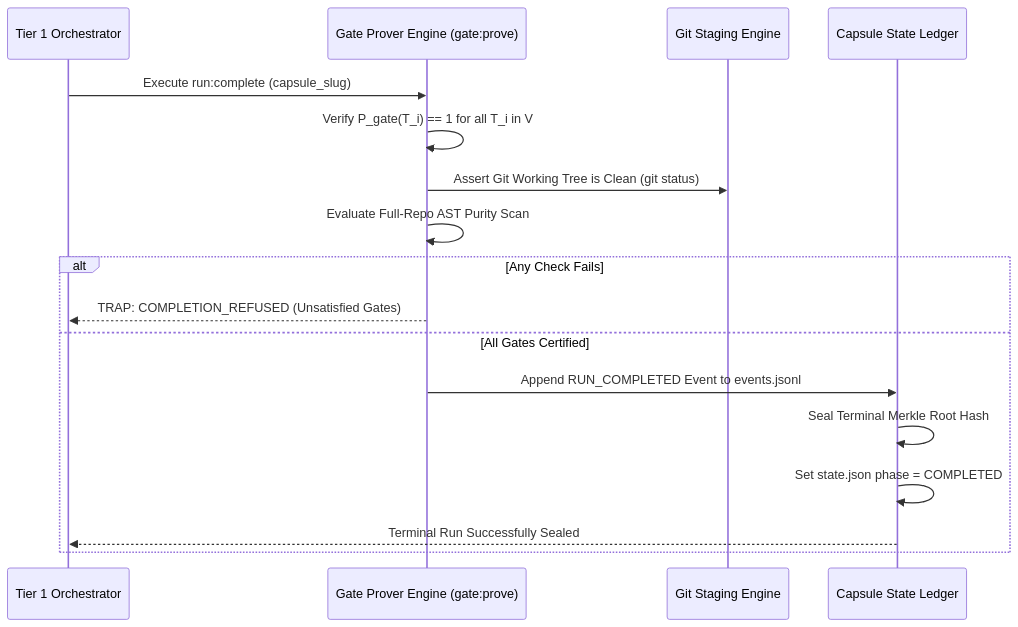
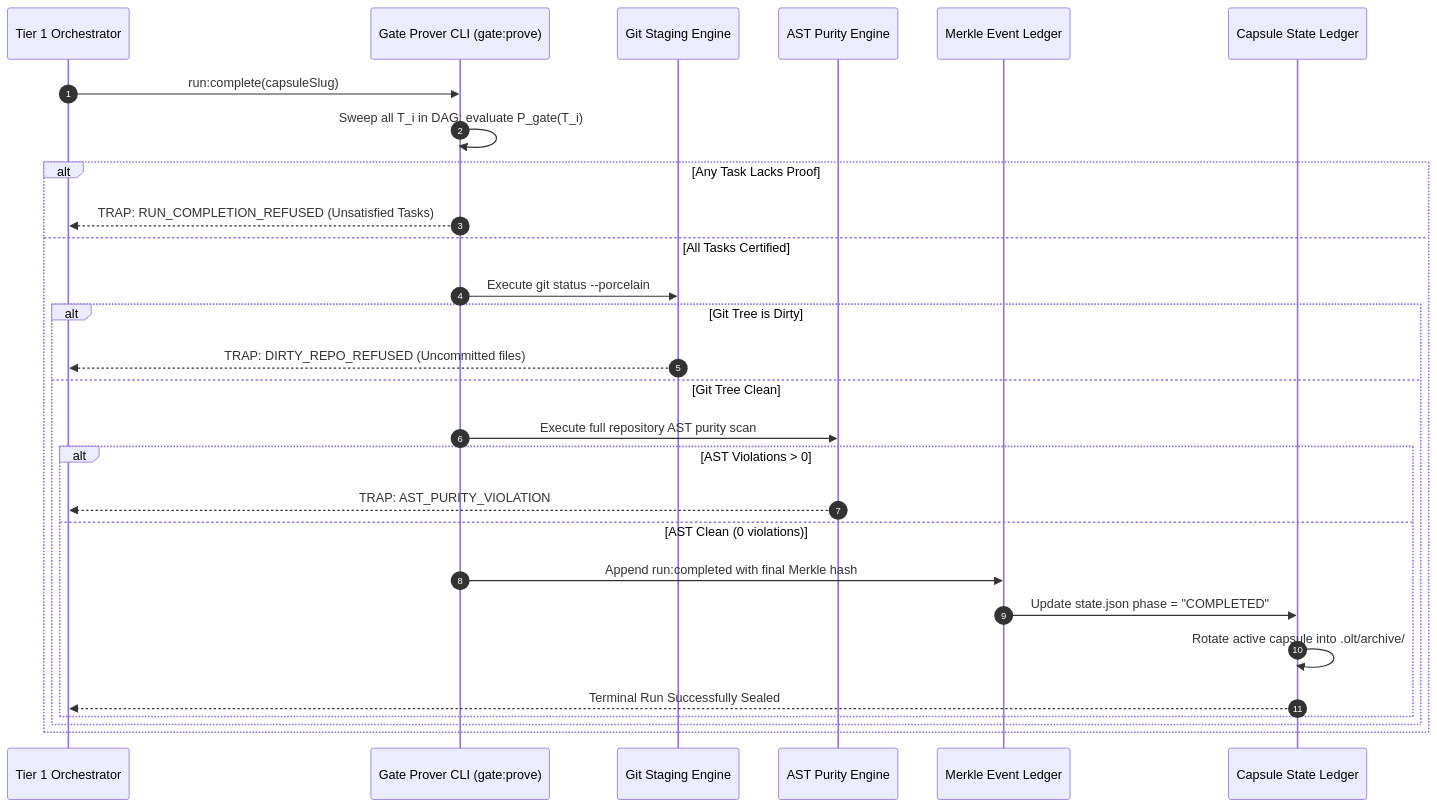
One commit to onurseckin/skills changed the diagram in docs/olt/architecture/09-falsifiable-evidence-gates/09-04-gate-prove-and-terminal-completion.md. Above: the diagram before and after it, drawn with Mermaid. The commit also changed other lines of this file and 83 other files, not shown here.

````diff
--- a/docs/olt/architecture/09-falsifiable-evidence-gates/09-04-gate-prove-and-terminal-completion.md
+++ b/docs/olt/architecture/09-falsifiable-evidence-gates/09-04-gate-prove-and-terminal-completion.md
@@ -53,21 +92,31 @@
 ```mermaid
 sequenceDiagram
+    autonumber
     participant Orch as Tier 1 Orchestrator
-    participant Prover as Gate Prover Engine (gate:prove)
+    participant Prover as Gate Prover CLI (gate:prove)
     participant Git as Git Staging Engine
+    participant AST as AST Purity Engine
+    participant Ledger as Merkle Event Ledger
     participant Capsule as Capsule State Ledger
 
-    Orch->>Prover: Execute run:complete (capsule_slug)
-    Prover->>Prover: Verify P_gate(T_i) == 1 for all T_i in V
-    Prover->>Git: Assert Git Working Tree is Clean (git status)
-    Prover->>Prover: Evaluate Full-Repo AST Purity Scan
-
-    alt Any Check Fails
-        Prover-->>Orch: TRAP: COMPLETION_REFUSED (Unsatisfied Gates)
-    else All Gates Certified
-        Prover->>Capsule: Append RUN_COMPLETED Event to events.jsonl
-        Capsule->>Capsule: Seal Terminal Merkle Root Hash
-        Capsule->>Capsule: Set state.json phase = COMPLETED
-        Capsule-->>Orch: Terminal Run Successfully Sealed
+    Orch->>Prover: run:complete(capsuleSlug)
+    Prover->>Prover: Sweep all T_i in DAG: evaluate P_gate(T_i)
+    alt Any Task Lacks Proof
+        Prover-->>Orch: TRAP: RUN_COMPLETION_REFUSED (Unsatisfied Tasks)
+    else All Tasks Certified
+        Prover->>Git: Execute git status --porcelain
+        alt Git Tree is Dirty
+            Git-->>Orch: TRAP: DIRTY_REPO_REFUSED (Uncommitted files)
+        else Git Tree Clean
+            Prover->>AST: Execute full repository AST purity scan
+            alt AST Violations > 0
+                AST-->>Orch: TRAP: AST_PURITY_VIOLATION
+            else AST Clean (0 violations)
+                Prover->>Ledger: Append run:completed with final Merkle hash
+                Ledger->>Capsule: Update state.json phase = "COMPLETED"
+                Capsule->>Capsule: Rotate active capsule into .olt/archive/
+                Capsule-->>Orch: Terminal Run Successfully Sealed
+            end
+        end
     end
 ```
````
